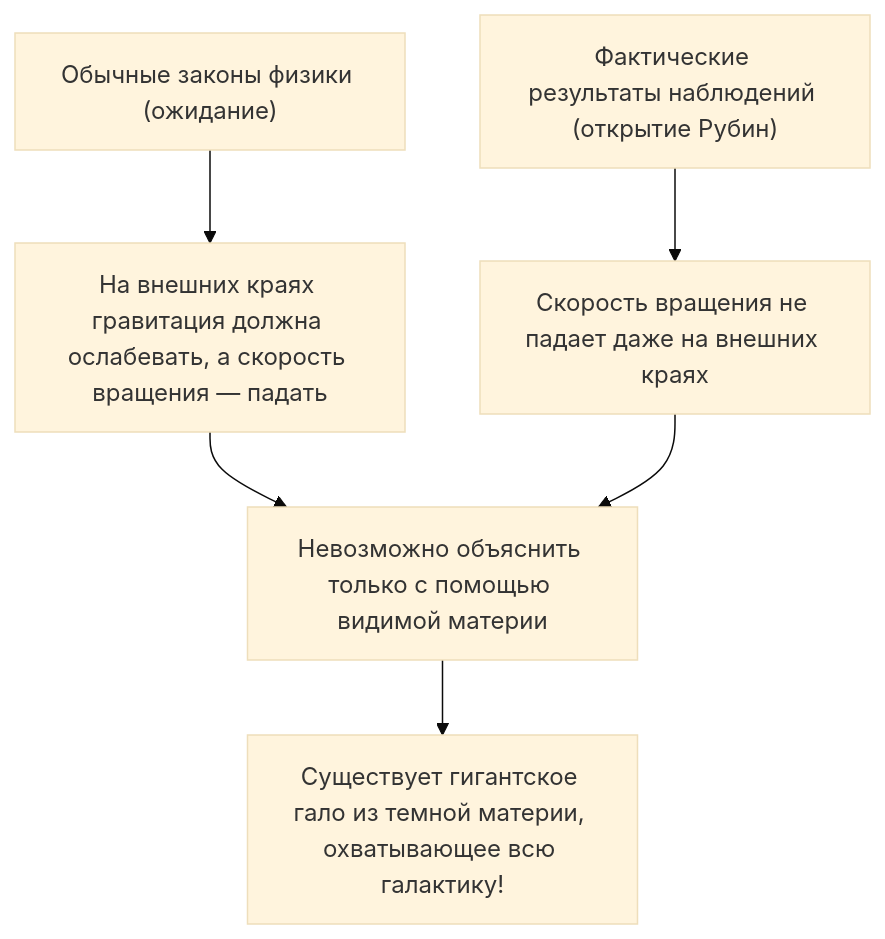
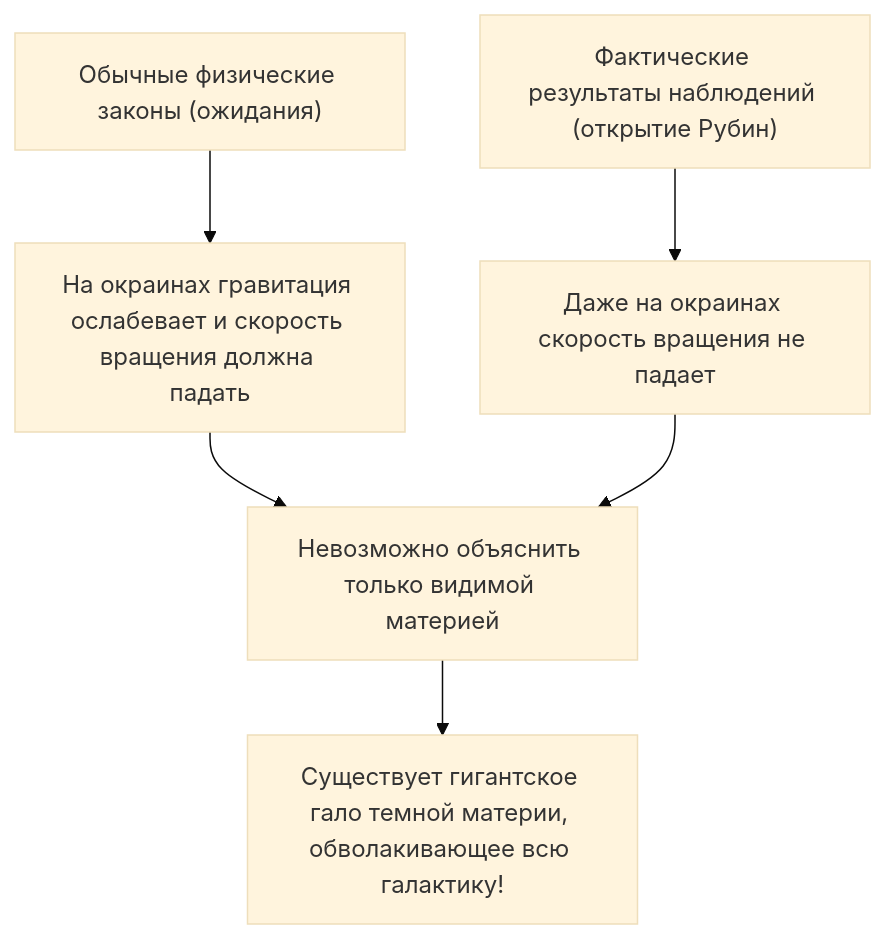
The first of 2 diagrams in content/post/dark-matter-dark-energy-mysteries/index.ru.md (kenjinote/blog), drawn with Mermaid (base theme) before and after one commit. The commit also changed other lines of this file and 12 other files, not shown here.

````diff
--- a/content/post/dark-matter-dark-energy-mysteries/index.ru.md
+++ b/content/post/dark-matter-dark-energy-mysteries/index.ru.md
@@ -31,8 +31,8 @@
 ```mermaid
 graph TD
-    A["Обычные законы физики (ожидание)"] --> B["На внешних краях гравитация должна ослабевать, а скорость вращения — падать"]
-    C["Фактические результаты наблюдений (открытие Рубин)"] --> D["Скорость вращения не падает даже на внешних краях"]
-    B --> E["Невозможно объяснить только с помощью видимой материи"]
+    A["Обычные физические законы (ожидания)"] --> B["На окраинах гравитация ослабевает и скорость вращения должна падать"]
+    C["Фактические результаты наблюдений (открытие Рубин)"] --> D["Даже на окраинах скорость вращения не падает"]
+    B --> E["Невозможно объяснить только видимой материей"]
     D --> E
-    E --> F["Существует гигантское гало из темной материи, охватывающее всю галактику!"]
+    E --> F["Существует гигантское гало темной материи, обволакивающее всю галактику!"]
 ```
````
